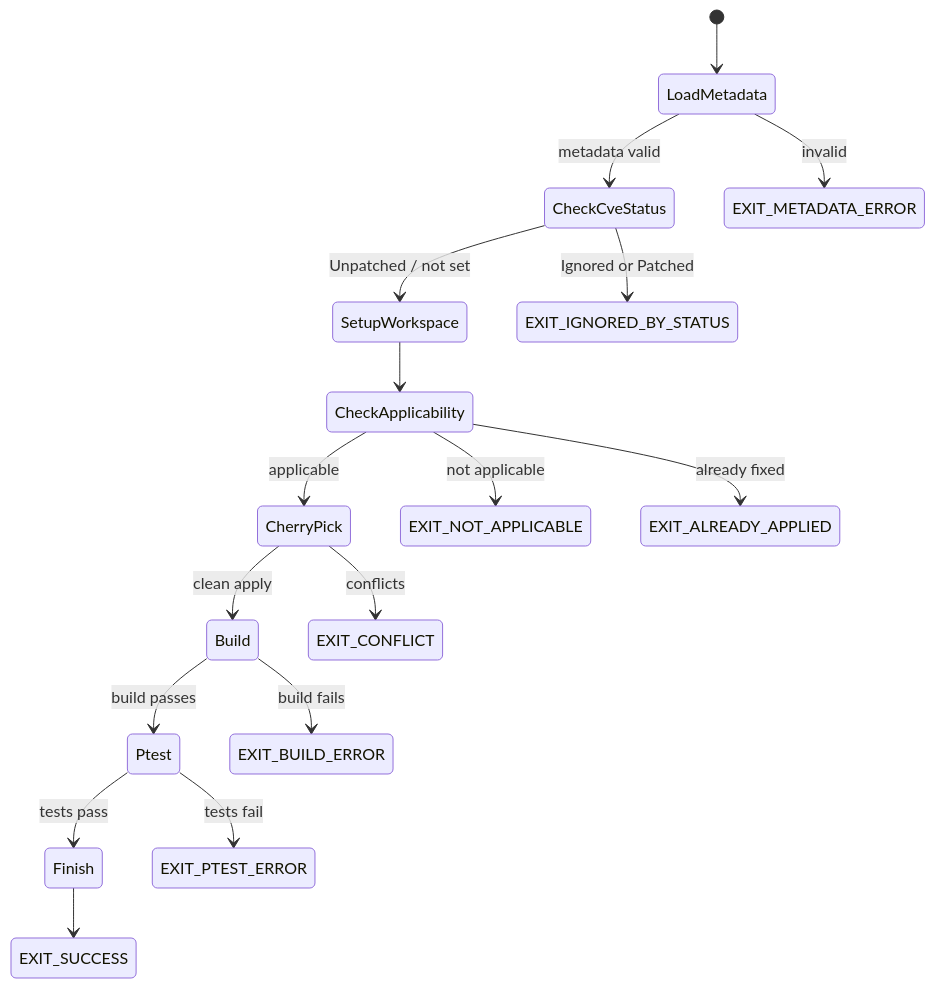
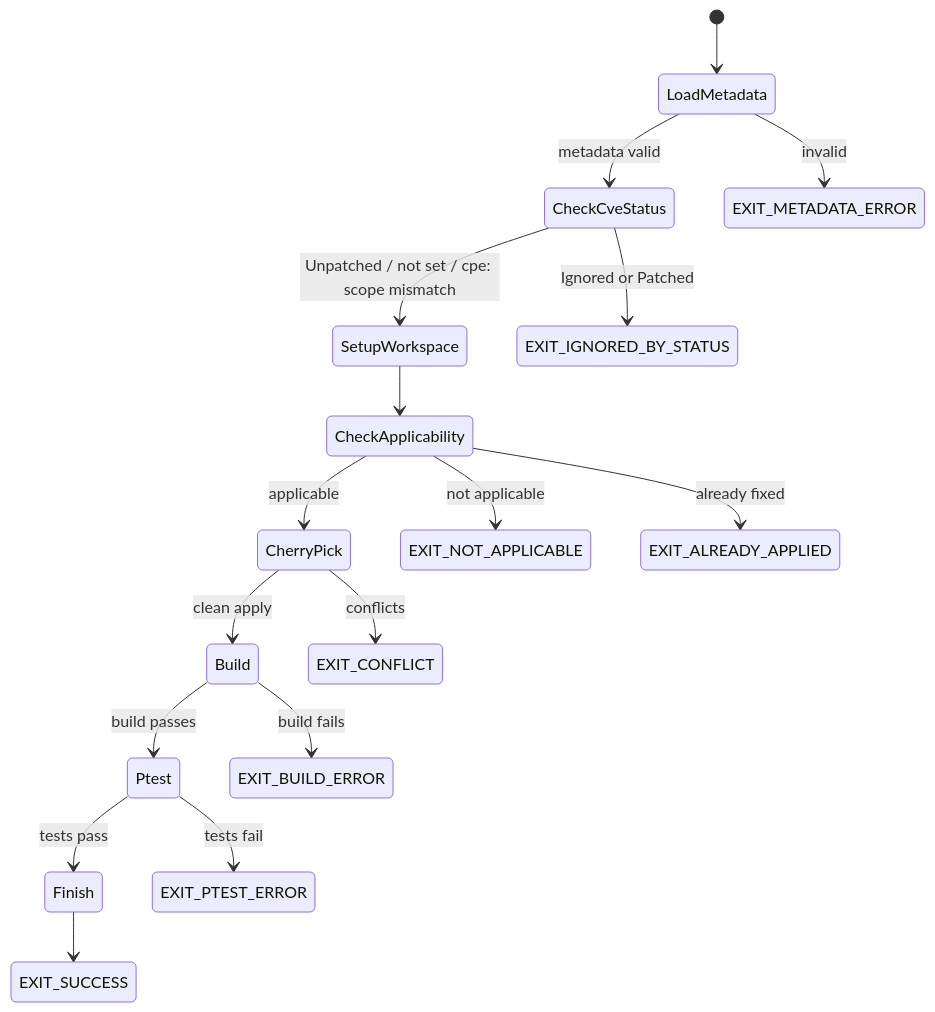
The third of 8 diagrams in .agents/summary/workflows.md (Ericsson/yocto-security-tools), drawn with Mermaid before and after one commit. The commit also changed 2 other files, not shown here.

First paragraph of the commit message:
corrector: honour the cpe: scope in CVE_STATUS
CVE_STATUS values may carry a scope that limits them to matching recipes:

````diff
--- a/.agents/summary/workflows.md
+++ b/.agents/summary/workflows.md
@@ -59,25 +59,25 @@
 ```mermaid
 stateDiagram-v2
     [*] --> LoadMetadata
     LoadMetadata --> CheckCveStatus : metadata valid
     LoadMetadata --> EXIT_METADATA_ERROR : invalid
 
-    CheckCveStatus --> SetupWorkspace : Unpatched / not set
+    CheckCveStatus --> SetupWorkspace : Unpatched / not set / cpe: scope mismatch
     CheckCveStatus --> EXIT_IGNORED_BY_STATUS : Ignored or Patched
 
     SetupWorkspace --> CheckApplicability
     CheckApplicability --> CherryPick : applicable
     CheckApplicability --> EXIT_NOT_APPLICABLE : not applicable
     CheckApplicability --> EXIT_ALREADY_APPLIED : already fixed
 
     CherryPick --> Build : clean apply
     CherryPick --> EXIT_CONFLICT : conflicts
 
     Build --> Ptest : build passes
     Build --> EXIT_BUILD_ERROR : build fails
 
     Ptest --> Finish : tests pass
     Ptest --> EXIT_PTEST_ERROR : tests fail
 
     Finish --> EXIT_SUCCESS
 ```
````
